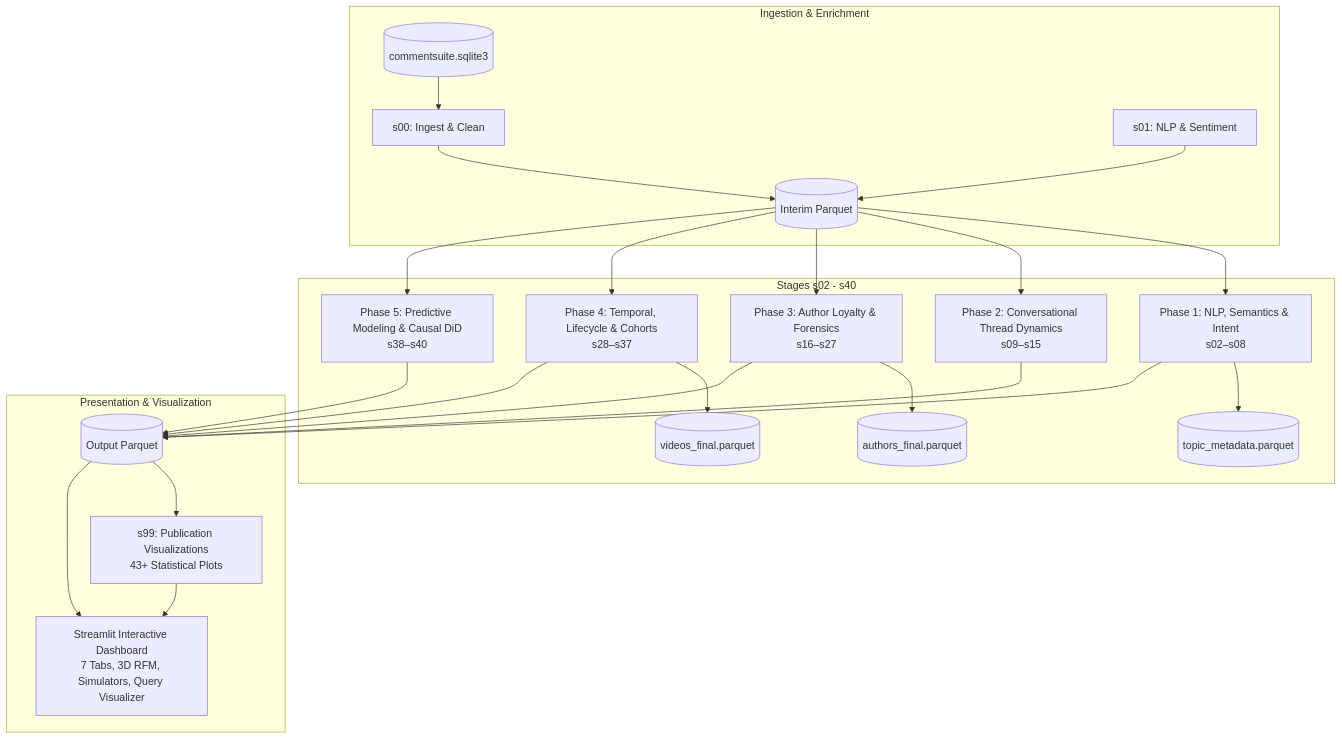
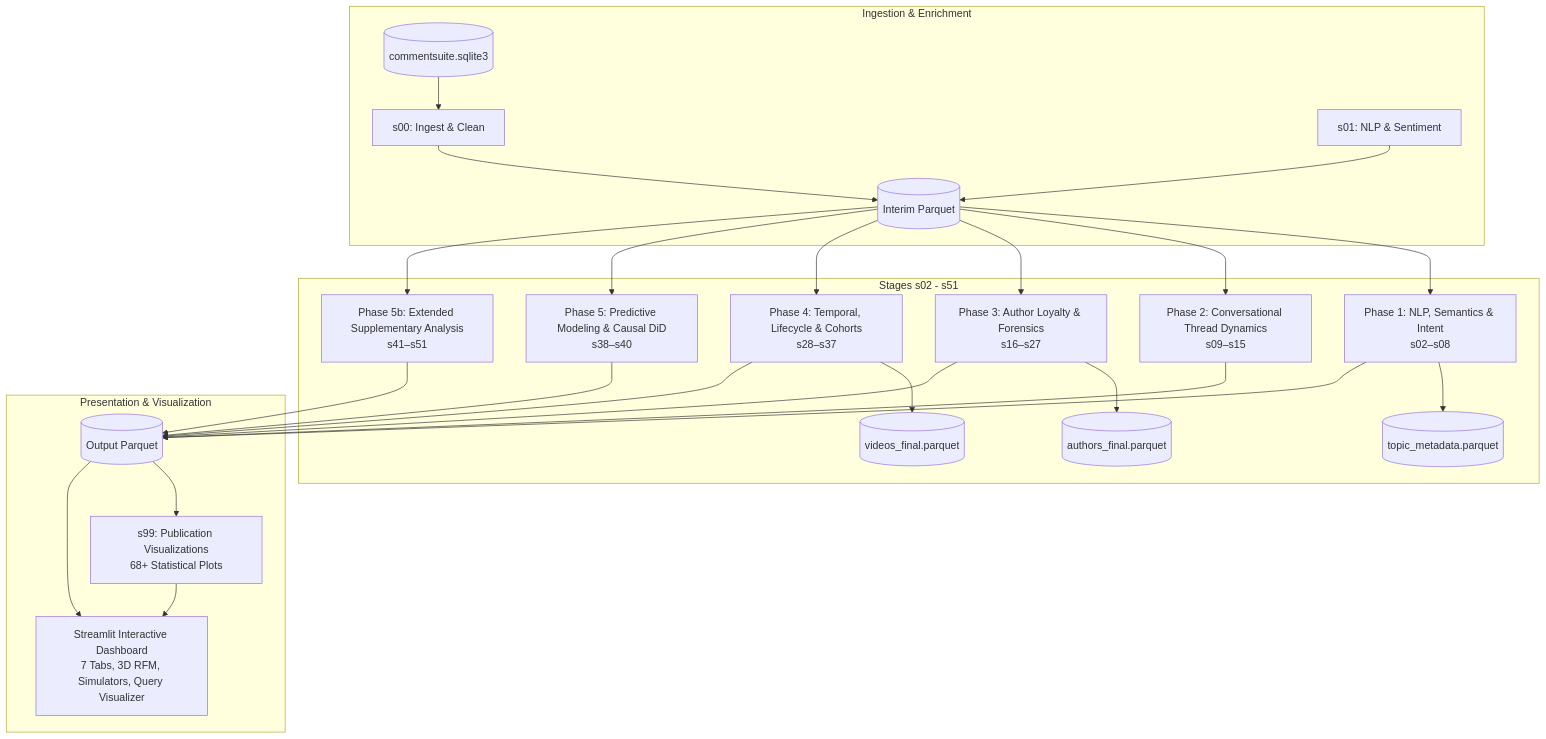
The diagram in README.md (deadjdona/ytint), drawn with Mermaid before and after one commit. The commit also changed other lines of this file and 16 other files, not shown here.

````diff
--- a/README.md
+++ b/README.md
@@ -20,27 +20,28 @@
 ```mermaid
 graph TD
     subgraph Ingestion & Enrichment
         Raw[(commentsuite.sqlite3)] --> s00[s00: Ingest & Clean]
         s00 --> Interim[(Interim Parquet)]
         s01[s01: NLP & Sentiment] --> Interim
     end
 
-    subgraph Analytical Grid [Stages s02 - s40]
+    subgraph Analytical Grid [Stages s02 - s51]
         Interim --> Phase1[Phase 1: NLP, Semantics & Intent<br>s02–s08]
         Interim --> Phase2[Phase 2: Conversational Thread Dynamics<br>s09–s15]
         Interim --> Phase3[Phase 3: Author Loyalty & Forensics<br>s16–s27]
         Interim --> Phase4[Phase 4: Temporal, Lifecycle & Cohorts<br>s28–s37]
         Interim --> Phase5[Phase 5: Predictive Modeling & Causal DiD<br>s38–s40]
+        Interim --> Phase5b[Phase 5b: Extended Supplementary Analysis<br>s41–s51]
 
         Phase3 --> AuthorsFinal[(authors_final.parquet)]
         Phase4 --> VideosFinal[(videos_final.parquet)]
         Phase1 --> TopicMeta[(topic_metadata.parquet)]
     end
 
     subgraph Presentation & Visualization
-        Phase1 & Phase2 & Phase3 & Phase4 & Phase5 --> Output[(Output Parquet)]
-        Output --> s99[s99: Publication Visualizations<br>43+ Statistical Plots]
+        Phase1 & Phase2 & Phase3 & Phase4 & Phase5 & Phase5b --> Output[(Output Parquet)]
+        Output --> s99[s99: Publication Visualizations<br>68+ Statistical Plots]
         Output --> App[Streamlit Interactive Dashboard<br>7 Tabs, 3D RFM, Simulators, Query Visualizer]
         s99 --> App
     end
 ```
````
